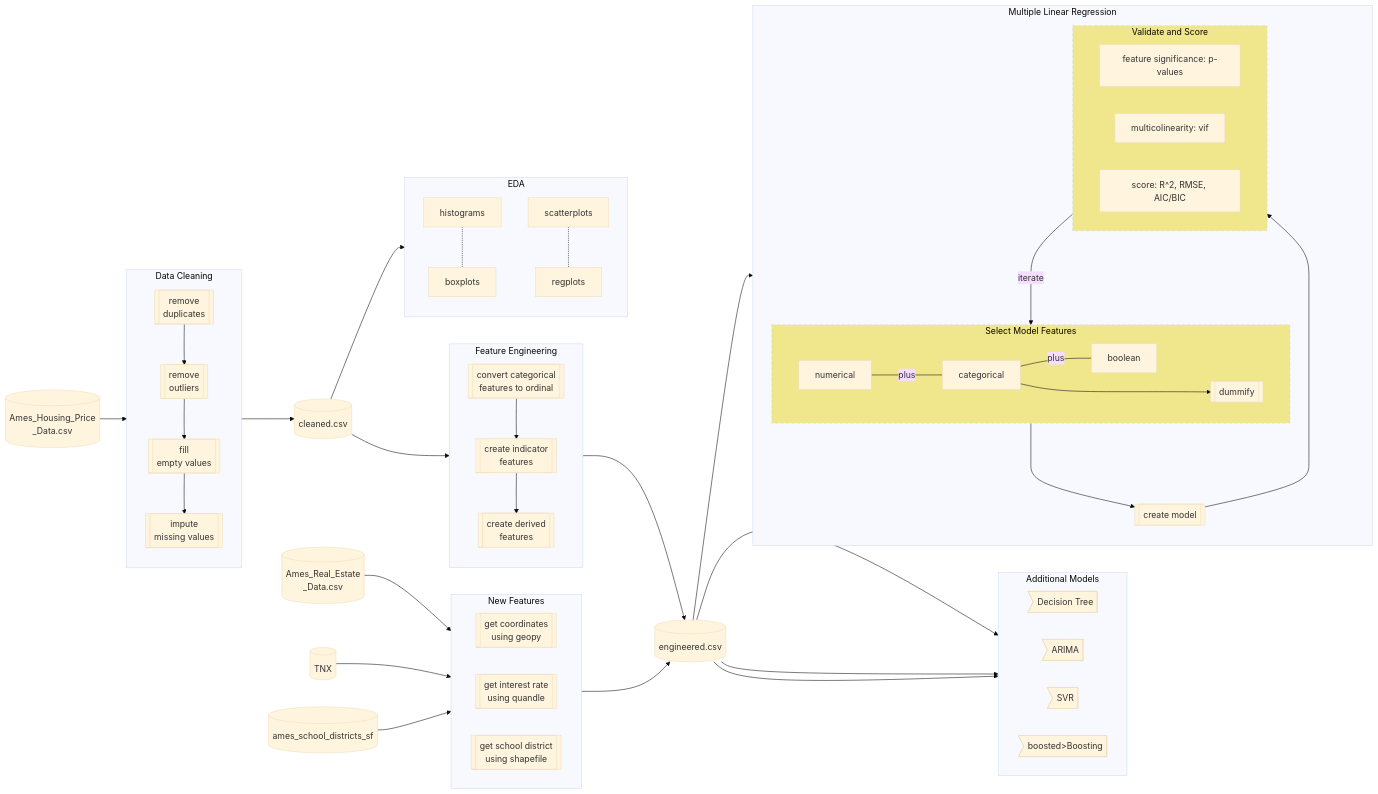
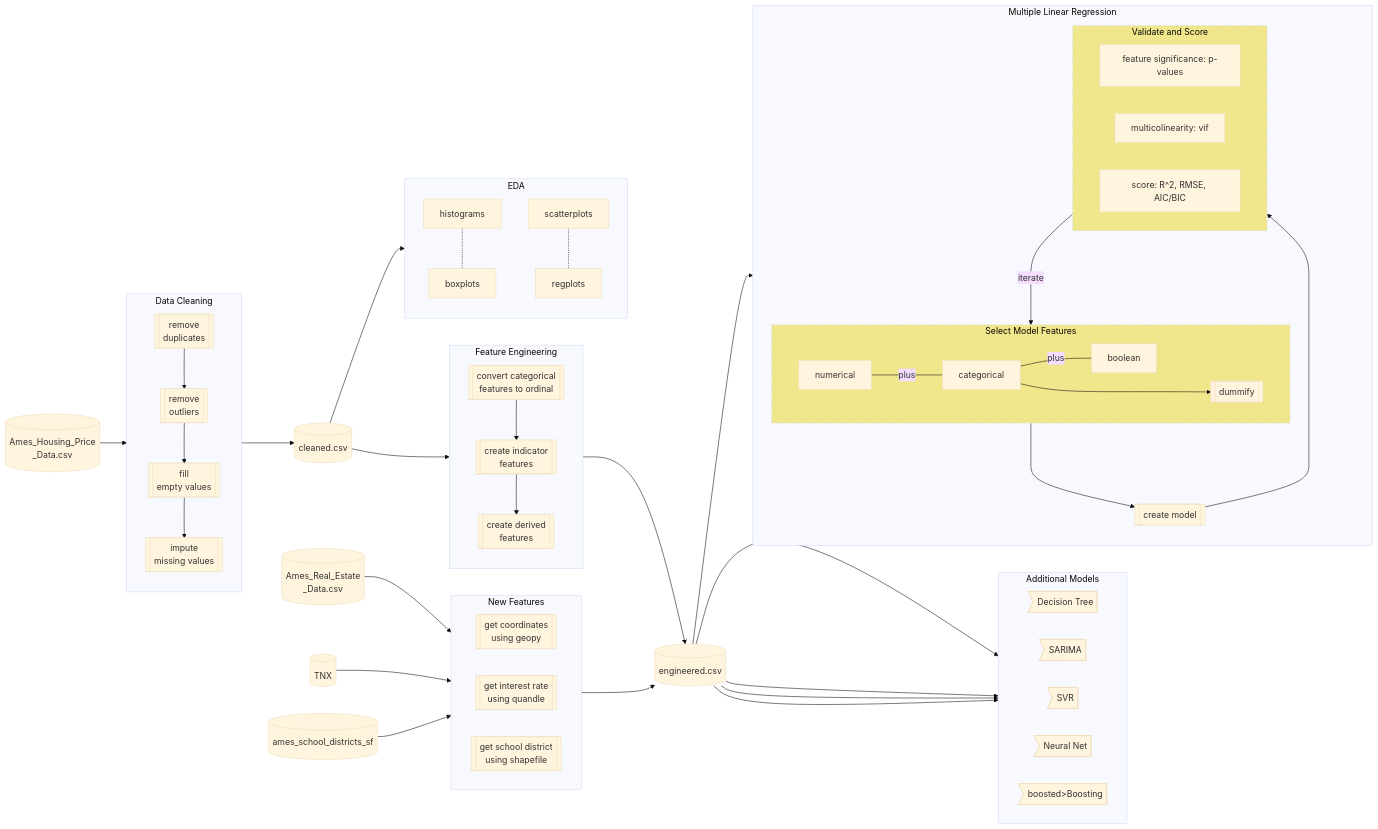
One commit to rishigoutam/ames-iowa changed the diagram in README.md. Above: the diagram before and after it, drawn with Mermaid (base theme). The commit also changed other lines of this file, not shown here.

````diff
--- a/README.md
+++ b/README.md
@@ -115,8 +130,9 @@
     subgraph algo [Additional Models]
         direction LR
         decision_tree>Decision Tree]
-        arima>ARIMA]
+        arima>SARIMA]
         svr>SVR]
+        backprop>Neural Net]
         
         decision_tree.->random_forest>Random Forest]
         decision_tree.->boosted>Boosting]
@@ -127,4 +143,5 @@
     d_e-->decision_tree
     d_e-->arima
     d_e-->svr
+    d_e-->backprop
 ```
````
